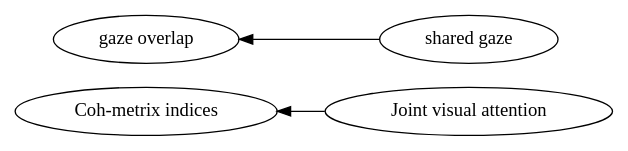
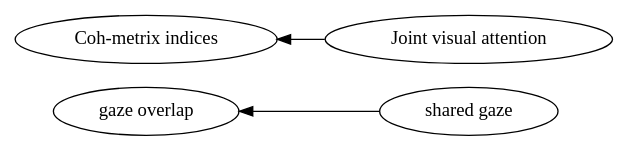
The diagram in graphviz/Gaze -> other.gv (hgse-schneider/mmca), drawn with Graphviz before and after one commit. The commit also changed 154 other files, not shown here.

```diff
--- a/graphviz/Gaze -> other.gv
+++ b/graphviz/Gaze -> other.gv
@@ -1,12 +1,12 @@
 digraph Test {
 	rankdir=RL
 	size="15,15"
 	overlap=false
 	splines=true
-	{rank=same; "Joint visual attention" "shared gaze";}
-	{rank=same; "gaze overlap" "Coh-metrix indices";}
+	{rank=same; "shared gaze" "Joint visual attention";}
+	{rank=same; "Coh-metrix indices" "gaze overlap";}
 	"Joint visual attention" [href="https://scholar.google.com/scholar?hl=en&q=Predicting%20the%20Quality%20of%20Collaborative%20Problem%20Solving%20Through%20Linguistic%20Analysis%20of%20Discourse"]
 	"Joint visual attention" -> "Coh-metrix indices"
 	"shared gaze" [href="https://scholar.google.com/scholar?hl=en&q=Effects%20of%20Shared%20Gaze%20on%20Audio-%20Versus%20Text-Based%20Remote%20Collaborations"]
 	"shared gaze" -> "gaze overlap"
 }
```
